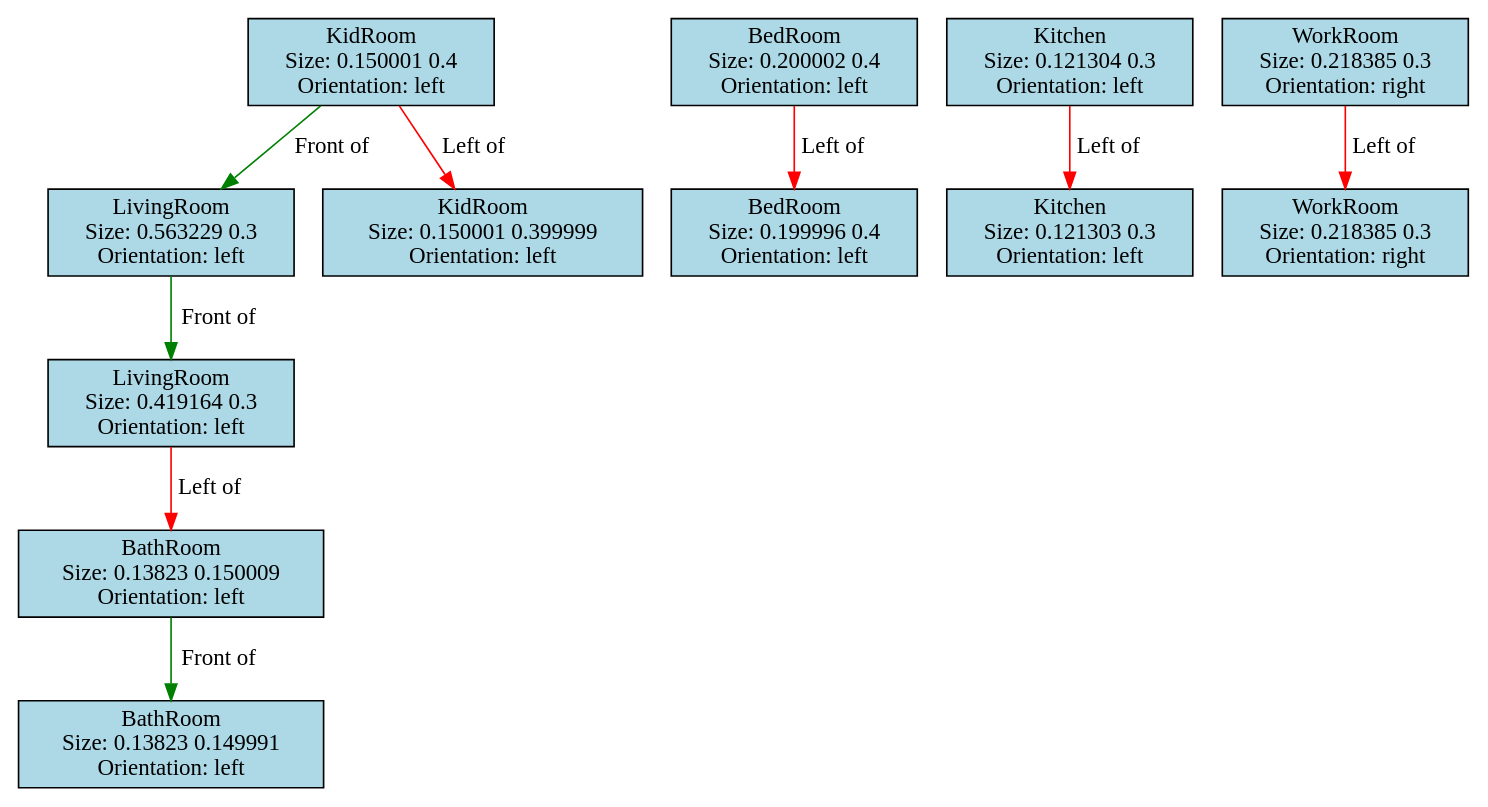
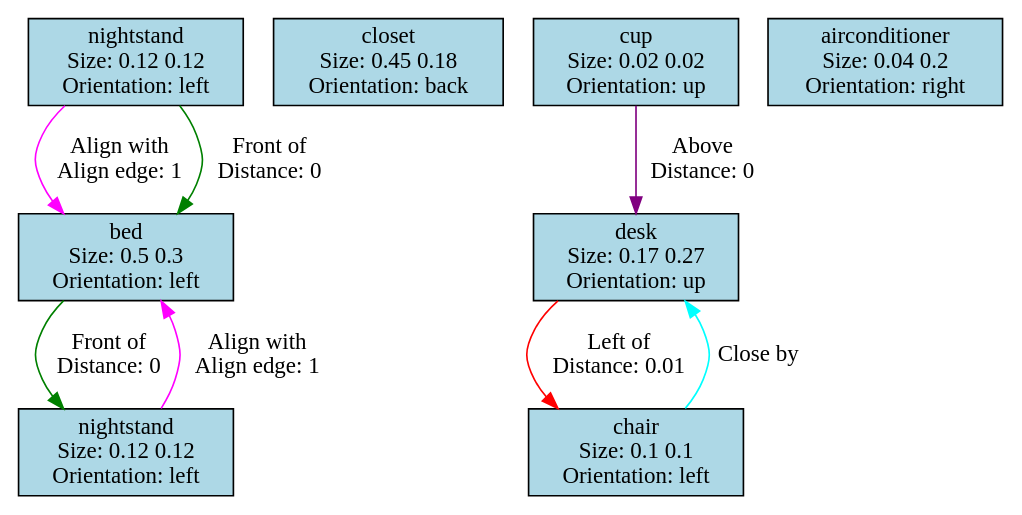
The diagram in Assets/SceneGraph/graph_out.dot (iambrc/AutoHomePlan), drawn with Graphviz before and after one commit. The commit also changed 31 other files, not shown here.

```diff
--- a/Assets/SceneGraph/graph_out.dot
+++ b/Assets/SceneGraph/graph_out.dot
@@ -1,22 +1,17 @@
 digraph G {
-0[label="LivingRoom\nSize: 0.563229 0.3\nOrientation: left", shape=rect, style=filled, fillcolor="lightblue", width=0.563229, height=0.3];
-1[label="LivingRoom\nSize: 0.419164 0.3\nOrientation: left", shape=rect, style=filled, fillcolor="lightblue", width=0.419164, height=0.3];
-2[label="BedRoom\nSize: 0.199996 0.4\nOrientation: left", shape=rect, style=filled, fillcolor="lightblue", width=0.199996, height=0.4];
-3[label="BedRoom\nSize: 0.200002 0.4\nOrientation: left", shape=rect, style=filled, fillcolor="lightblue", width=0.200002, height=0.4];
-4[label="Kitchen\nSize: 0.121303 0.3\nOrientation: left", shape=rect, style=filled, fillcolor="lightblue", width=0.121303, height=0.3];
-5[label="Kitchen\nSize: 0.121304 0.3\nOrientation: left", shape=rect, style=filled, fillcolor="lightblue", width=0.121304, height=0.3];
-6[label="KidRoom\nSize: 0.150001 0.399999\nOrientation: left", shape=rect, style=filled, fillcolor="lightblue", width=0.150001, height=0.399999];
-7[label="KidRoom\nSize: 0.150001 0.4\nOrientation: left", shape=rect, style=filled, fillcolor="lightblue", width=0.150001, height=0.4];
-8[label="BathRoom\nSize: 0.13823 0.150009\nOrientation: left", shape=rect, style=filled, fillcolor="lightblue", width=0.13823, height=0.150009];
-9[label="BathRoom\nSize: 0.13823 0.149991\nOrientation: left", shape=rect, style=filled, fillcolor="lightblue", width=0.13823, height=0.149991];
-10[label="WorkRoom\nSize: 0.218385 0.3\nOrientation: right", shape=rect, style=filled, fillcolor="lightblue", width=0.218385, height=0.3];
-11[label="WorkRoom\nSize: 0.218385 0.3\nOrientation: right", shape=rect, style=filled, fillcolor="lightblue", width=0.218385, height=0.3];
-0->1 [label="Front of\n", color="green"];
-1->8 [label="Left of\n", color="red"];
-3->2 [label="Left of\n", color="red"];
-5->4 [label="Left of\n", color="red"];
-7->6 [label="Left of\n", color="red"];
-7->0 [label="Front of\n", color="green"];
-8->9 [label="Front of\n", color="green"];
-11->10 [label="Left of\n", color="red"];
+0[label="bed\nSize: 0.5 0.3\nOrientation: left", shape=rect, style=filled, fillcolor="lightblue", width=0.5, height=0.3];
+1[label="nightstand\nSize: 0.12 0.12\nOrientation: left", shape=rect, style=filled, fillcolor="lightblue", width=0.12, height=0.12];
+2[label="nightstand\nSize: 0.12 0.12\nOrientation: left", shape=rect, style=filled, fillcolor="lightblue", width=0.12, height=0.12];
+3[label="closet\nSize: 0.45 0.18\nOrientation: back", shape=rect, style=filled, fillcolor="lightblue", width=0.45, height=0.18];
+4[label="desk\nSize: 0.17 0.27\nOrientation: up", shape=rect, style=filled, fillcolor="lightblue", width=0.17, height=0.27];
+5[label="chair\nSize: 0.1 0.1\nOrientation: left", shape=rect, style=filled, fillcolor="lightblue", width=0.1, height=0.1];
+6[label="airconditioner\nSize: 0.04 0.2\nOrientation: right", shape=rect, style=filled, fillcolor="lightblue", width=0.04, height=0.2];
+7[label="cup\nSize: 0.02 0.02\nOrientation: up", shape=rect, style=filled, fillcolor="lightblue", width=0.02, height=0.02];
+0->2 [label="Front of\nDistance: 0\n", color="green"];
+1->0 [label="Align with\nAlign edge: 1\n", color="magenta"];
+1->0 [label="Front of\nDistance: 0\n", color="green"];
+2->0 [label="Align with\nAlign edge: 1\n", color="magenta"];
+4->5 [label="Left of\nDistance: 0.01\n", color="red"];
+5->4 [label="Close by\n", color="cyan"];
+7->4 [label="Above\nDistance: 0\n", color="purple"];
 }
```
